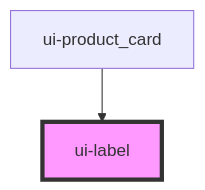
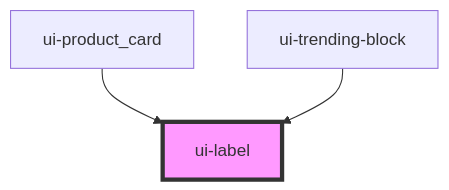
The diagram in src/components/ui-label/readme.md (ankitghanekar-hcl/ui-shared-web-components), drawn with Mermaid before and after one commit. The commit also changed other lines of this file and 5 other files, not shown here.

````diff
--- a/src/components/ui-label/readme.md
+++ b/src/components/ui-label/readme.md
@@ -23,5 +24,6 @@
 ```mermaid
 graph TD;
   ui-product_card --> ui-label
+  ui-trending-block --> ui-label
   style ui-label fill:#f9f,stroke:#333,stroke-width:4px
 ```
````
